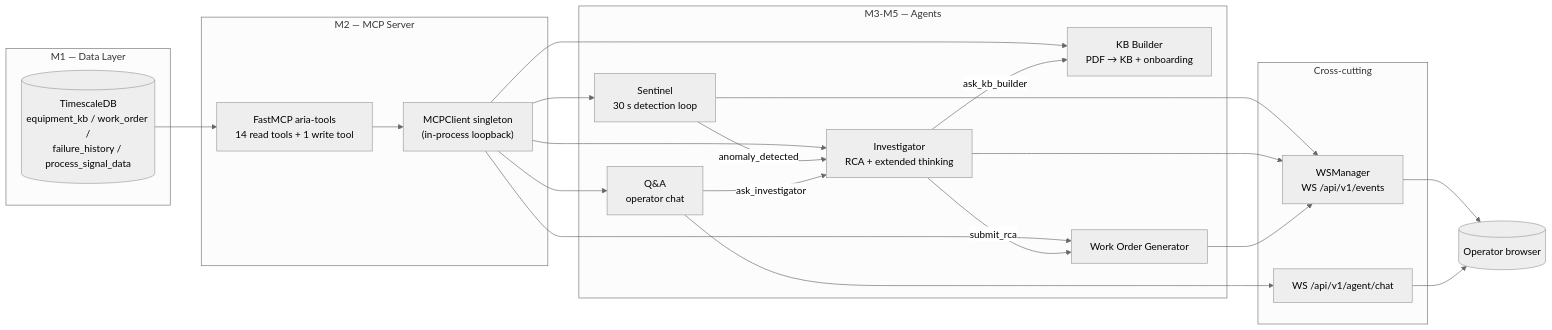
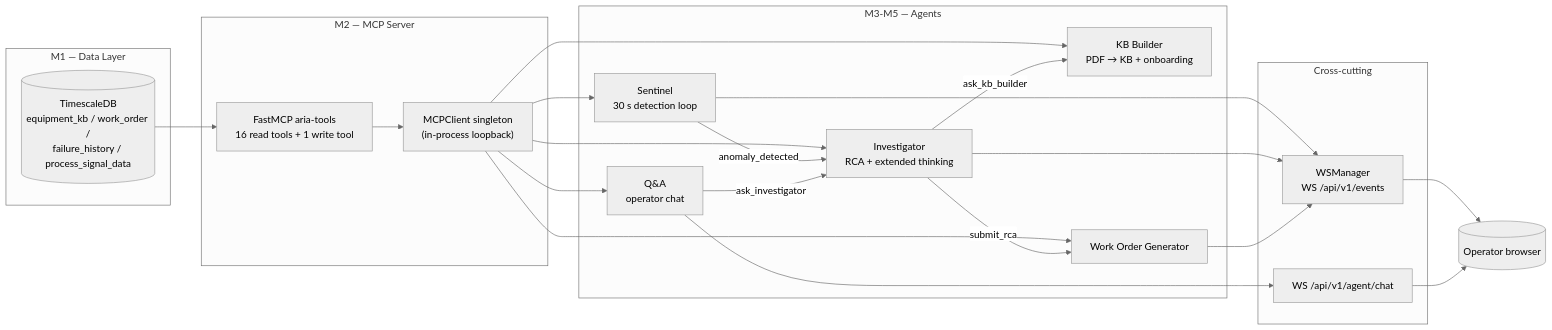
The first of 2 diagrams in docs/architecture/README.md (zestones/Aria), drawn with Mermaid (neutral theme) before and after one commit. The commit also changed other lines of this file and 16 other files, not shown here.

Commit message:
fix: documentation errors bad mcp tools number

````diff
--- a/docs/architecture/README.md
+++ b/docs/architecture/README.md
@@ -44,42 +44,42 @@
 ```mermaid
 flowchart LR
     subgraph M1["M1 — Data Layer"]
         DB[("TimescaleDB<br/>equipment_kb / work_order /<br/>failure_history / process_signal_data")]
     end
     subgraph M2["M2 — MCP Server"]
-        FastMCP["FastMCP aria-tools<br/>14 read tools + 1 write tool"]
+        FastMCP["FastMCP aria-tools<br/>16 read tools + 1 write tool"]
         MCPClient["MCPClient singleton<br/>(in-process loopback)"]
     end
     subgraph Agents["M3-M5 — Agents"]
         Builder["KB Builder<br/>PDF → KB + onboarding"]
         Sentinel["Sentinel<br/>30 s detection loop"]
         Investigator["Investigator<br/>RCA + extended thinking"]
         WOGen["Work Order Generator"]
         QA["Q&A<br/>operator chat"]
     end
     subgraph Bus["Cross-cutting"]
         WSManager["WSManager<br/>WS /api/v1/events"]
         Chat["WS /api/v1/agent/chat"]
     end
     Frontend[("Operator browser")]
 
     DB --> FastMCP
     FastMCP --> MCPClient
     MCPClient --> Sentinel
     MCPClient --> Investigator
     MCPClient --> WOGen
     MCPClient --> QA
     MCPClient --> Builder
 
     Sentinel -- "anomaly_detected" --> Investigator
     Investigator -- "submit_rca" --> WOGen
     Investigator -- "ask_kb_builder" --> Builder
     QA -- "ask_investigator" --> Investigator
 
     Sentinel --> WSManager
     Investigator --> WSManager
     WOGen --> WSManager
     QA --> Chat
     WSManager --> Frontend
     Chat --> Frontend
 ```
````
